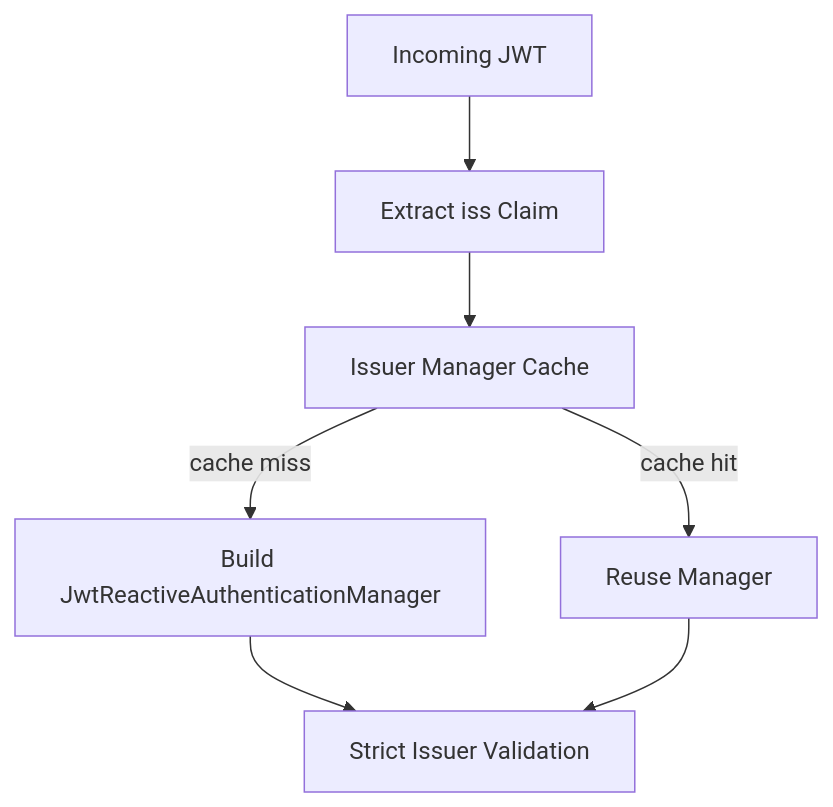
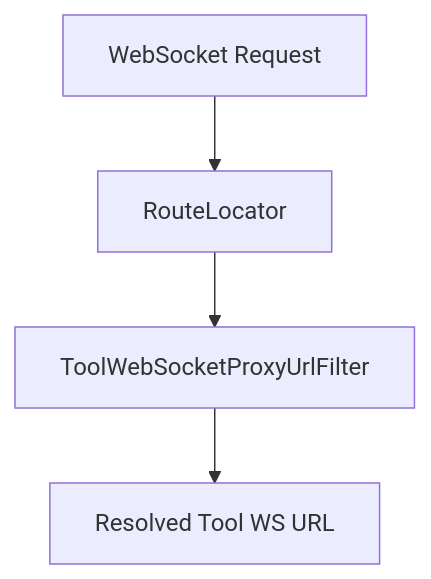
One commit to Praesto-Pro/openframe-oss-tenant changed the fifth of 6 diagrams in docs/architecture/gateway-service-core/gateway-service-core.md. Above: the diagram before and after it, drawn with Mermaid. The commit also changed other lines of this file and 214 other files, not shown here.

````diff
--- a/docs/architecture/gateway-service-core/gateway-service-core.md
+++ b/docs/architecture/gateway-service-core/gateway-service-core.md
@@ -146,9 +187,6 @@
 ```mermaid
 flowchart TD
-    Jwt["Incoming JWT"] --> ExtractIssuer["Extract iss Claim"]
-    ExtractIssuer --> Cache["Issuer Manager Cache"]
-    Cache -->|"cache miss"| BuildManager["Build JwtReactiveAuthenticationManager"]
-    Cache -->|"cache hit"| UseManager["Reuse Manager"]
-    BuildManager --> Validate["Strict Issuer Validation"]
-    UseManager --> Validate
+    WSRequest["WebSocket Request"] --> RouteLocator["RouteLocator"]
+    RouteLocator --> ToolFilter["ToolWebSocketProxyUrlFilter"]
+    ToolFilter --> Target["Resolved Tool WS URL"]
 ```
````
